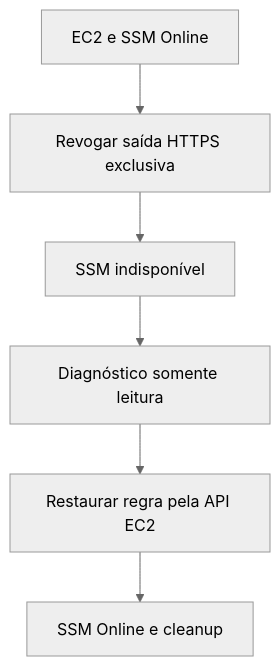
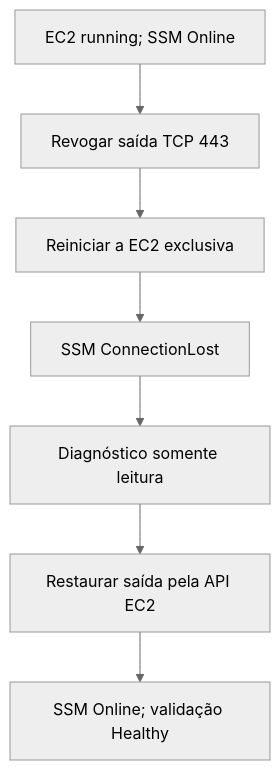
The diagram in labs/16-aws-systems-manager-troubleshooting/README.md (itamarsb/cloud-infrastructure-operations-lab), drawn with Mermaid (neutral theme) before and after one commit. The commit also changed other lines of this file, not shown here.

````diff
--- a/labs/16-aws-systems-manager-troubleshooting/README.md
+++ b/labs/16-aws-systems-manager-troubleshooting/README.md
@@ -34,8 +37,9 @@
 ```mermaid
 flowchart TD
-    A[EC2 e SSM Online] --> B[Revogar saída HTTPS exclusiva]
-    B --> C[SSM indisponível]
-    C --> D[Diagnóstico somente leitura]
-    D --> E[Restaurar regra pela API EC2]
-    E --> F[SSM Online e cleanup]
+    A["EC2 running; SSM Online"] --> B["Revogar saída TCP 443"]
+    B --> C["Reiniciar a EC2 exclusiva"]
+    C --> D["SSM ConnectionLost"]
+    D --> E["Diagnóstico somente leitura"]
+    E --> F["Restaurar saída pela API EC2"]
+    F --> G["SSM Online; validação Healthy"]
 ```
````
